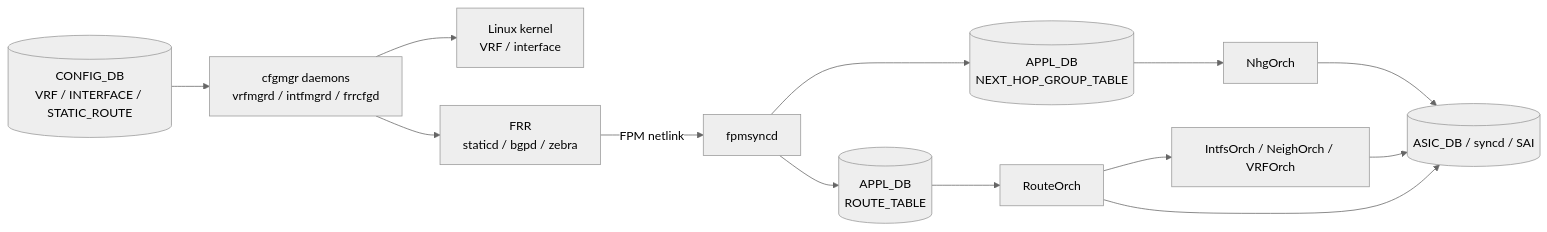
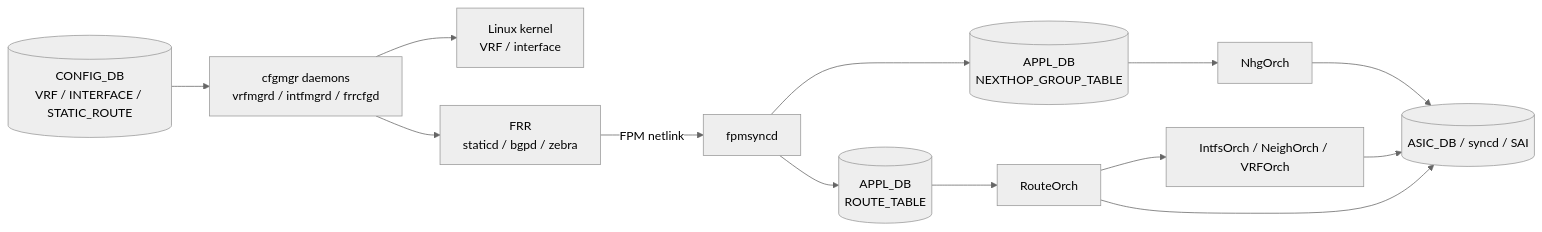
The diagram in docs/topics/04-vrf-ecmp/architecture.md (aoki-taquan/sonic-unofficial-docs), drawn with Mermaid (neutral theme) before and after one commit. The commit also changed 21 other files, not shown here.

````diff
--- a/docs/topics/04-vrf-ecmp/architecture.md
+++ b/docs/topics/04-vrf-ecmp/architecture.md
@@ -46,15 +46,15 @@
 ```mermaid
 flowchart LR
     CFG[(CONFIG_DB<br/>VRF / INTERFACE / STATIC_ROUTE)] --> MGR[cfgmgr daemons<br/>vrfmgrd / intfmgrd / frrcfgd]
     MGR --> KERN[Linux kernel<br/>VRF / interface]
     MGR --> FRR[FRR<br/>staticd / bgpd / zebra]
     FRR -->|FPM netlink| FPMSYNCD[fpmsyncd]
     FPMSYNCD --> RT[(APPL_DB<br/>ROUTE_TABLE)]
-    FPMSYNCD --> NHGT[(APPL_DB<br/>NEXT_HOP_GROUP_TABLE)]
+    FPMSYNCD --> NHGT[(APPL_DB<br/>NEXTHOP_GROUP_TABLE)]
     RT --> ROUTEORCH[RouteOrch]
     NHGT --> NHGORCH[NhgOrch]
     ROUTEORCH --> INTFS[IntfsOrch / NeighOrch / VRFOrch]
     NHGORCH --> ASIC[(ASIC_DB / syncd / SAI)]
     INTFS --> ASIC
     ROUTEORCH --> ASIC
 ```
````
